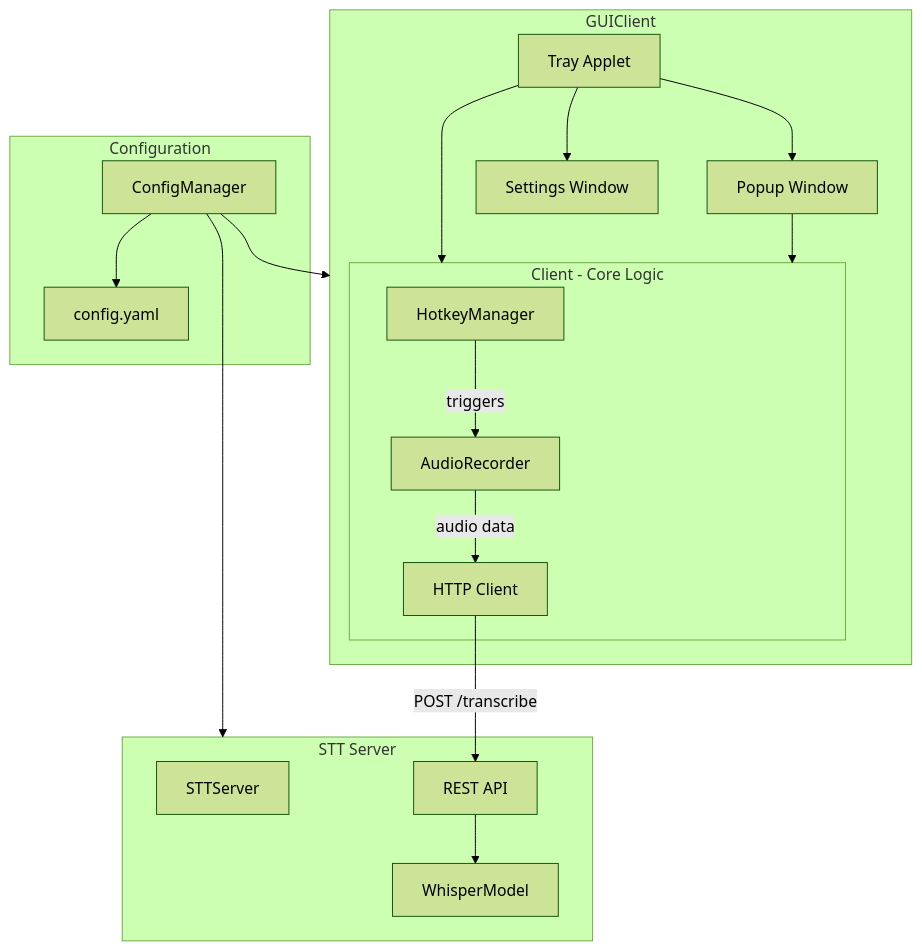
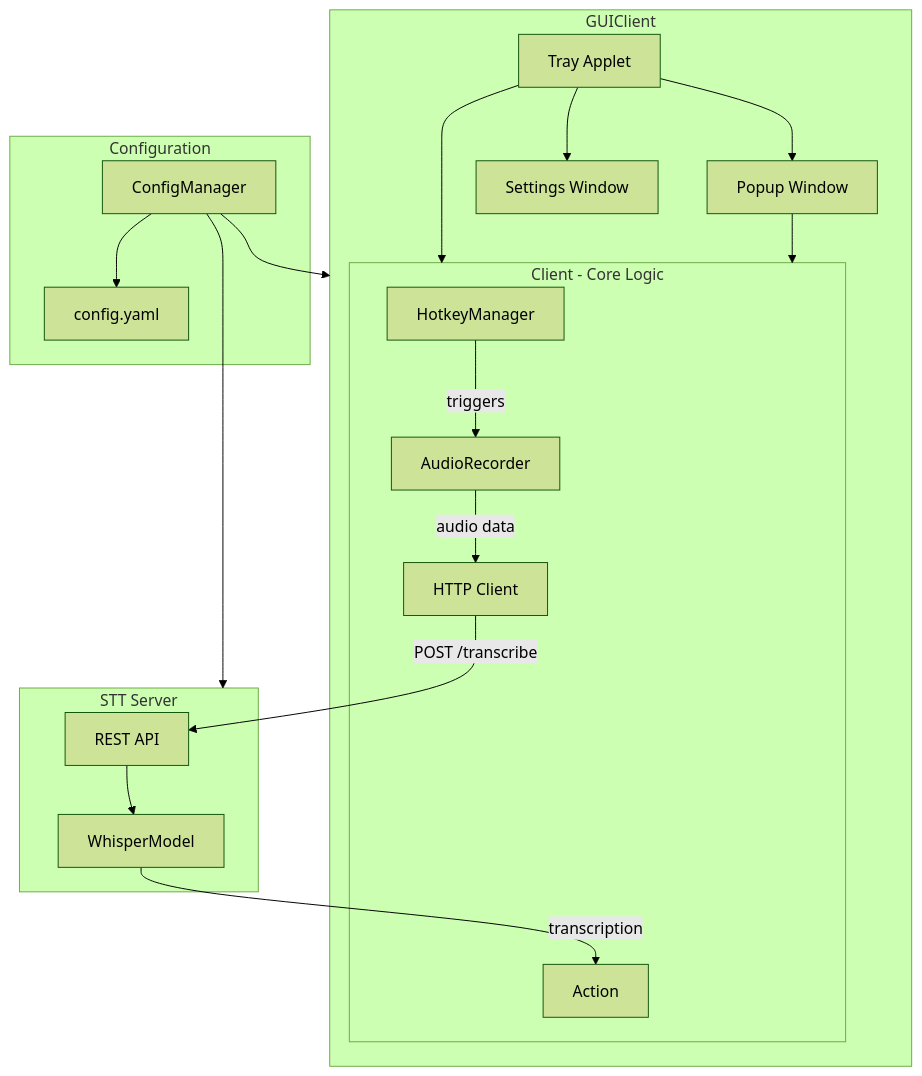
One commit to Protectore/EchoType changed the diagram in README.md. Above: the diagram before and after it, drawn with Mermaid (forest theme). The commit also changed other lines of this file, not shown here.

Commit message:
Update README.md
Updated Architecture diagram

````diff
--- a/README.md
+++ b/README.md
@@ -15,39 +15,41 @@
 ```mermaid
 flowchart TB
     subgraph GUI[GUIClient]
         TRAY[Tray Applet]
         POPUP[Popup Window]
         SETTINGS[Settings Window]
         
         subgraph Core[Client - Core Logic]
             HK[HotkeyManager]
             REC[AudioRecorder]
             HTTP[HTTP Client]
+            ACTION[Action]
         end
     end
     
     subgraph Server[STT Server]
-        STT[STTServer]
         WH[WhisperModel]
         API[REST API]
     end
     
     subgraph Config[Configuration]
         CM[ConfigManager]
         YAML[config.yaml]
     end
     
     TRAY --> POPUP
     TRAY --> SETTINGS
     TRAY --> Core
     POPUP --> Core
     
     HK -->|triggers| REC
     REC -->|audio data| HTTP
     HTTP -->|POST /transcribe| API
     API --> WH
+
+    WH -->|transcription|ACTION
     
     CM --> YAML
     CM --> GUI
     CM --> Server
 ```
````
